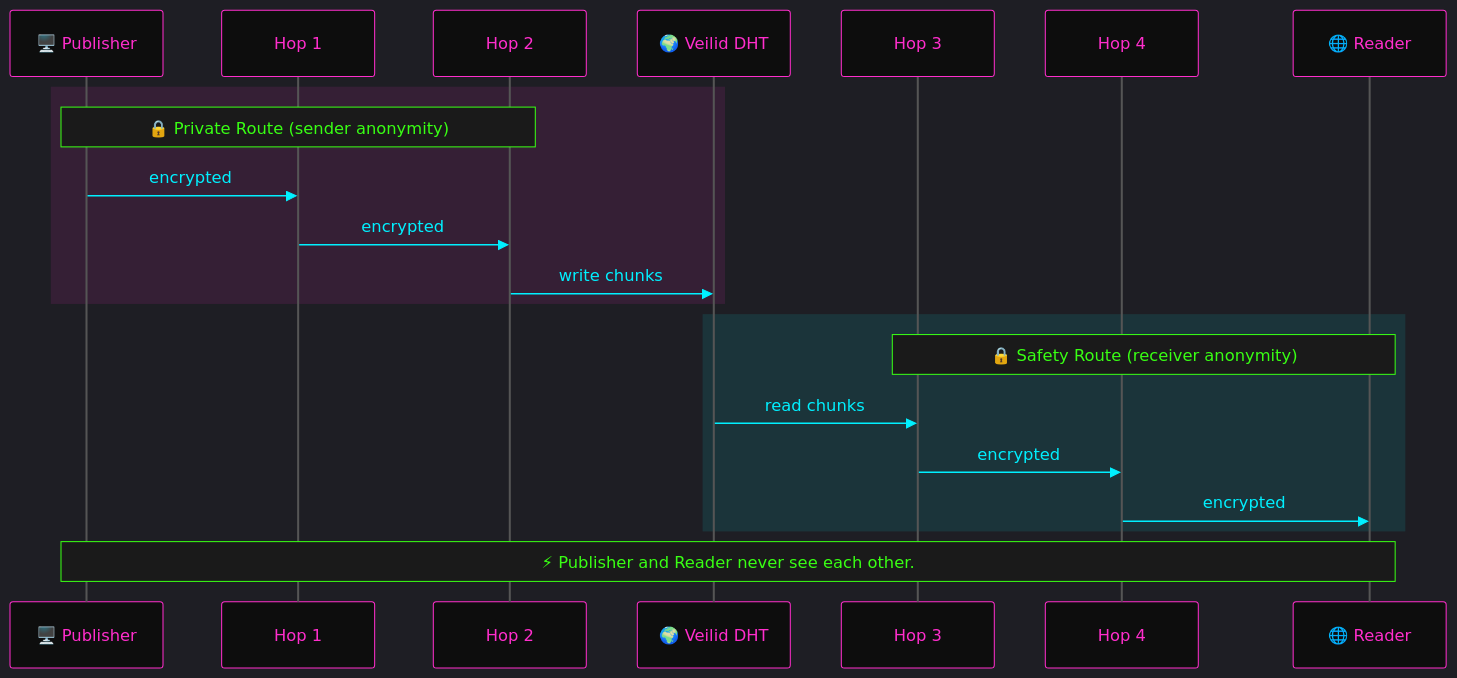
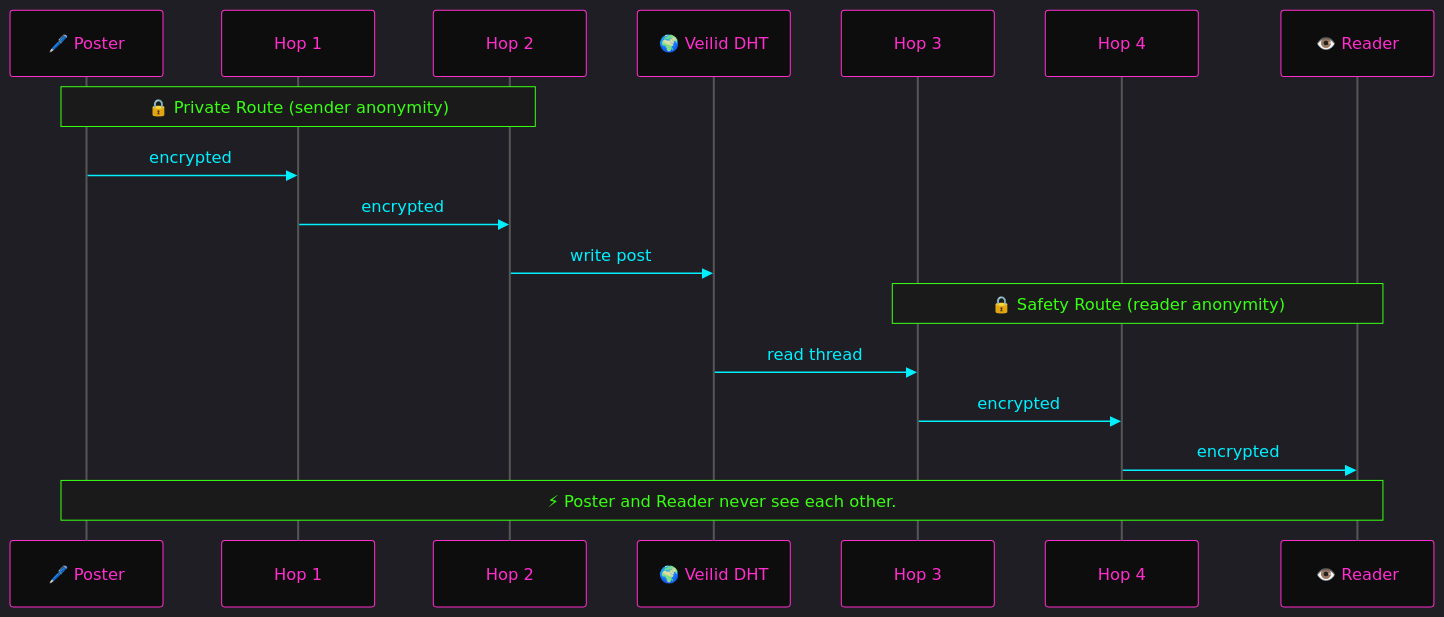
The sixth of 7 diagrams in README.md (forria64/voidpost), drawn with Mermaid before and after one commit. The commit also changed other lines of this file and 14 other files, not shown here.

````diff
--- a/README.md
+++ b/README.md
@@ -241,27 +387,23 @@
 ```mermaid
 %%{init: {'theme': 'dark', 'themeVariables': {'actorBkg': '#0d0d0d', 'actorBorder': '#ff2ecc', 'actorTextColor': '#ff2ecc', 'actorLineColor': '#555', 'signalColor': '#00f0ff', 'signalTextColor': '#00f0ff', 'noteBkgColor': '#1a1a1a', 'noteTextColor': '#39ff14', 'noteBorderColor': '#39ff14', 'activationBkgColor': '#1a1a1a', 'activationBorderColor': '#ffea00', 'sequenceNumberColor': '#ffea00'}}}%%
 sequenceDiagram
-  participant P as 🖥️ Publisher
+  participant P as 🖊️ Poster
   participant H1 as Hop 1
   participant H2 as Hop 2
   participant DHT as 🌍 Veilid DHT
   participant H3 as Hop 3
   participant H4 as Hop 4
-  participant R as 🌐 Reader
+  participant R as 👁️ Reader
 
-  rect rgba(255,46,204,0.1)
-    Note over P,H2: 🔒 Private Route (sender anonymity)
-    P->>H1: encrypted
-    H1->>H2: encrypted
-    H2->>DHT: write chunks
-  end
+  Note over P,H2: 🔒 Private Route (sender anonymity)
+  P->>H1: encrypted
+  H1->>H2: encrypted
+  H2->>DHT: write post
 
-  rect rgba(0,240,255,0.1)
-    Note over H3,R: 🔒 Safety Route (receiver anonymity)
-    DHT->>H3: read chunks
-    H3->>H4: encrypted
-    H4->>R: encrypted
-  end
+  Note over H3,R: 🔒 Safety Route (reader anonymity)
+  DHT->>H3: read thread
+  H3->>H4: encrypted
+  H4->>R: encrypted
 
-  Note over P,R: ⚡ Publisher and Reader never see each other.
+  Note over P,R: ⚡ Poster and Reader never see each other.
 ```
````
